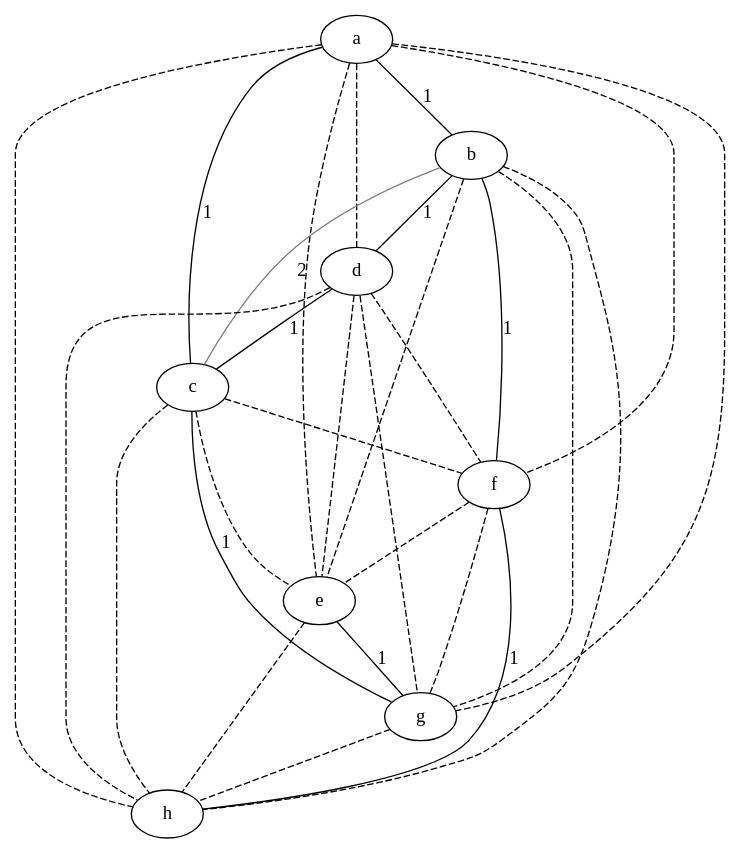
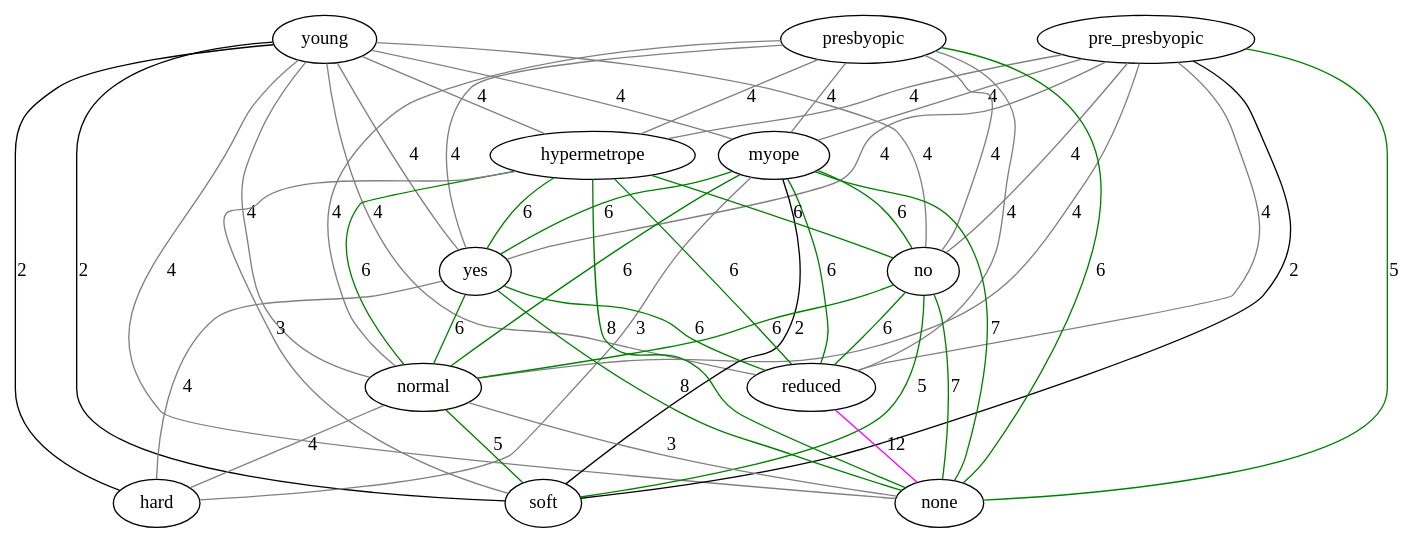
The diagram in src/extension/exponentialGraph.dot (lrodrin/TFG), drawn with Graphviz before and after one commit. The commit also changed 12 other files, not shown here.

```diff
--- a/src/extension/exponentialGraph.dot
+++ b/src/extension/exponentialGraph.dot
@@ -1,38 +1,63 @@
 strict graph "" {
-a;
-b;
-d;
-c;
-f;
-e;
-g;
-h;
-a -- b  [color=black, label=1, style=solid];
-a -- d  [color=black, style=dashed];
-a -- c  [color=black, label=1, style=solid];
-a -- f  [color=black, style=dashed];
-a -- e  [color=black, style=dashed];
-a -- g  [color=black, style=dashed];
-a -- h  [color=black, style=dashed];
-b -- d  [color=black, label=1, style=solid];
-b -- c  [color=grey, label=2, style=solid];
-b -- f  [color=black, label=1, style=solid];
-b -- e  [color=black, style=dashed];
-b -- g  [color=black, style=dashed];
-b -- h  [color=black, style=dashed];
-d -- c  [color=black, label=1, style=solid];
-d -- f  [color=black, style=dashed];
-d -- e  [color=black, style=dashed];
-d -- g  [color=black, style=dashed];
-d -- h  [color=black, style=dashed];
-c -- f  [color=black, style=dashed];
-c -- e  [color=black, style=dashed];
-c -- g  [color=black, label=1, style=solid];
-c -- h  [color=black, style=dashed];
-f -- e  [color=black, style=dashed];
-f -- g  [color=black, style=dashed];
-f -- h  [color=black, label=1, style=solid];
-e -- g  [color=black, label=1, style=solid];
-e -- h  [color=black, style=dashed];
-g -- h  [color=black, style=dashed];
+young;
+pre_presbyopic;
+presbyopic;
+myope;
+hypermetrope;
+no;
+yes;
+reduced;
+normal;
+none;
+soft;
+hard;
+young -- myope  [color=grey, label=4, style=solid];
+young -- hypermetrope  [color=grey, label=4, style=solid];
+young -- no  [color=grey, label=4, style=solid];
+young -- yes  [color=grey, label=4, style=solid];
+young -- reduced  [color=grey, label=4, style=solid];
+young -- normal  [color=grey, label=4, style=solid];
+young -- none  [color=grey, label=4, style=solid];
+young -- soft  [color=black, label=2, style=solid];
+young -- hard  [color=black, label=2, style=solid];
+pre_presbyopic -- myope  [color=grey, label=4, style=solid];
+pre_presbyopic -- hypermetrope  [color=grey, label=4, style=solid];
+pre_presbyopic -- no  [color=grey, label=4, style=solid];
+pre_presbyopic -- yes  [color=grey, label=4, style=solid];
+pre_presbyopic -- reduced  [color=grey, label=4, style=solid];
+pre_presbyopic -- normal  [color=grey, label=4, style=solid];
+pre_presbyopic -- none  [color=green, label=5, style=solid];
+pre_presbyopic -- soft  [color=black, label=2, style=solid];
+presbyopic -- myope  [color=grey, label=4, style=solid];
+presbyopic -- hypermetrope  [color=grey, label=4, style=solid];
+presbyopic -- no  [color=grey, label=4, style=solid];
+presbyopic -- yes  [color=grey, label=4, style=solid];
+presbyopic -- reduced  [color=grey, label=4, style=solid];
+presbyopic -- normal  [color=grey, label=4, style=solid];
+presbyopic -- none  [color=green, label=6, style=solid];
+myope -- no  [color=green, label=6, style=solid];
+myope -- yes  [color=green, label=6, style=solid];
+myope -- reduced  [color=green, label=6, style=solid];
+myope -- normal  [color=green, label=6, style=solid];
+myope -- none  [color=green, label=7, style=solid];
+myope -- soft  [color=black, label=2, style=solid];
+myope -- hard  [color=grey, label=3, style=solid];
+hypermetrope -- no  [color=green, label=6, style=solid];
+hypermetrope -- yes  [color=green, label=6, style=solid];
+hypermetrope -- reduced  [color=green, label=6, style=solid];
+hypermetrope -- normal  [color=green, label=6, style=solid];
+hypermetrope -- none  [color=green, label=8, style=solid];
+hypermetrope -- soft  [color=grey, label=3, style=solid];
+no -- reduced  [color=green, label=6, style=solid];
+no -- normal  [color=green, label=6, style=solid];
+no -- none  [color=green, label=7, style=solid];
+no -- soft  [color=green, label=5, style=solid];
+yes -- reduced  [color=green, label=6, style=solid];
+yes -- normal  [color=green, label=6, style=solid];
+yes -- none  [color=green, label=8, style=solid];
+yes -- hard  [color=grey, label=4, style=solid];
+reduced -- none  [color=magenta, label=12, style=solid];
+normal -- none  [color=grey, label=3, style=solid];
+normal -- soft  [color=green, label=5, style=solid];
+normal -- hard  [color=grey, label=4, style=solid];
 }
```
